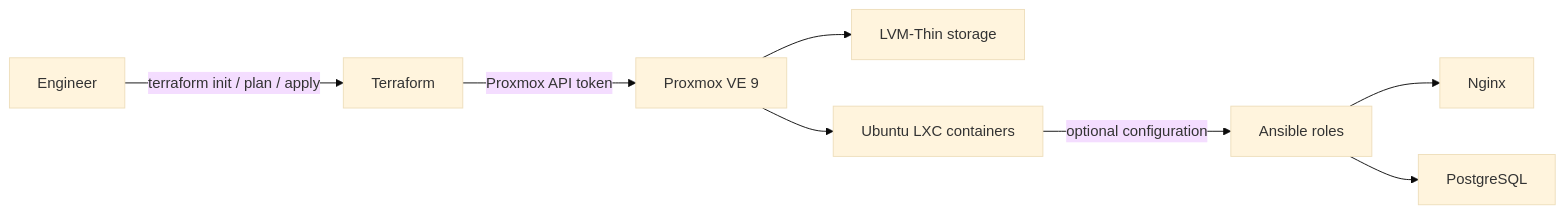
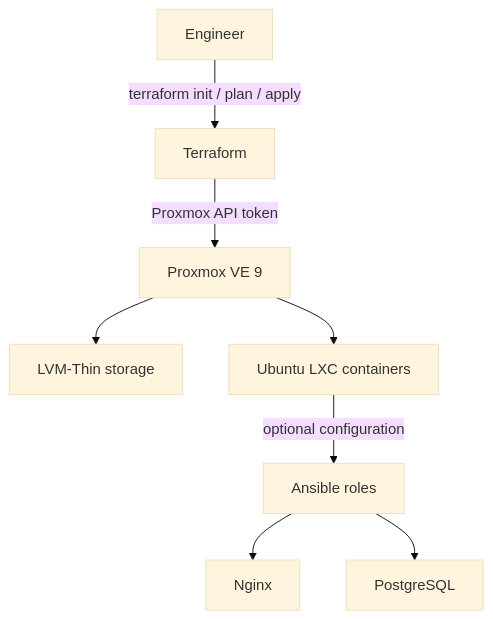
Before and after one commit to marksallee/terraform-proxmox-lab: the diagram in README.md, drawn with Mermaid (base theme).

Commit message:
Use a vertical architecture diagram

````diff
--- a/README.md
+++ b/README.md
@@ -7,10 +7,10 @@
 ```mermaid
-flowchart LR
+flowchart TD
     Dev[Engineer] -->|terraform init / plan / apply| TF[Terraform]
     TF -->|Proxmox API token| PX[Proxmox VE 9]
     PX --> Storage[LVM-Thin storage]
     PX --> LXC[Ubuntu LXC containers]
     LXC -->|optional configuration| ANS[Ansible roles]
     ANS --> NGINX[Nginx]
     ANS --> PG[PostgreSQL]
 ```
````
